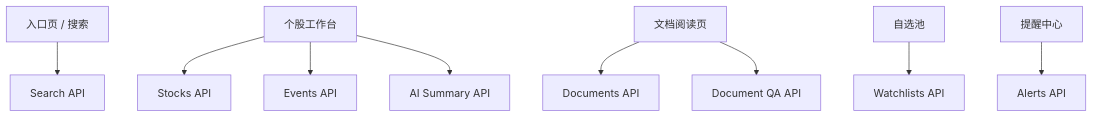
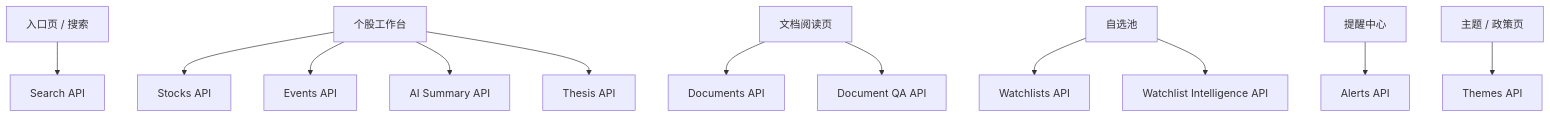
Before and after one commit to 583175694/alpha-sight: the tenth of 15 diagrams in docs/technical-architecture.md, drawn with Mermaid. The commit also changed other lines of this file and 1 other file, not shown here.

First line of the commit message:
feat: update technical architecture documentation for v0.3

````diff
--- a/docs/technical-architecture.md
+++ b/docs/technical-architecture.md
@@ -717,11 +879,14 @@
 ```mermaid
 flowchart TD
     P1[入口页 / 搜索] --> M1[Search API]
     P2[个股工作台] --> M2[Stocks API]
     P2 --> M3[Events API]
     P2 --> M4[AI Summary API]
     P3[文档阅读页] --> M5[Documents API]
     P3 --> M6[Document QA API]
     P4[自选池] --> M7[Watchlists API]
     P5[提醒中心] --> M8[Alerts API]
+    P4 --> M9[Watchlist Intelligence API]
+    P6[主题 / 政策页] --> M10[Themes API]
+    P2 --> M11[Thesis API]
 ```
````
